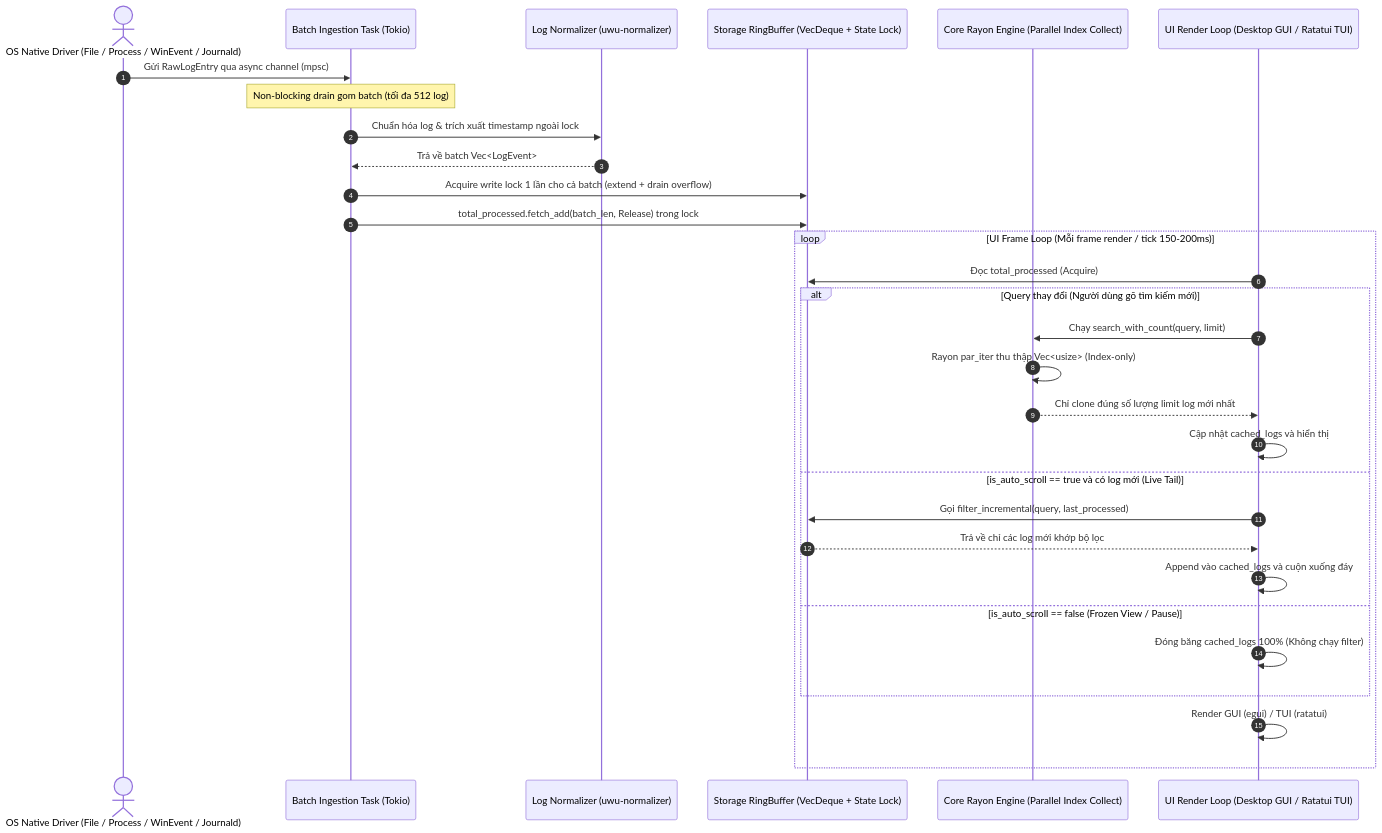
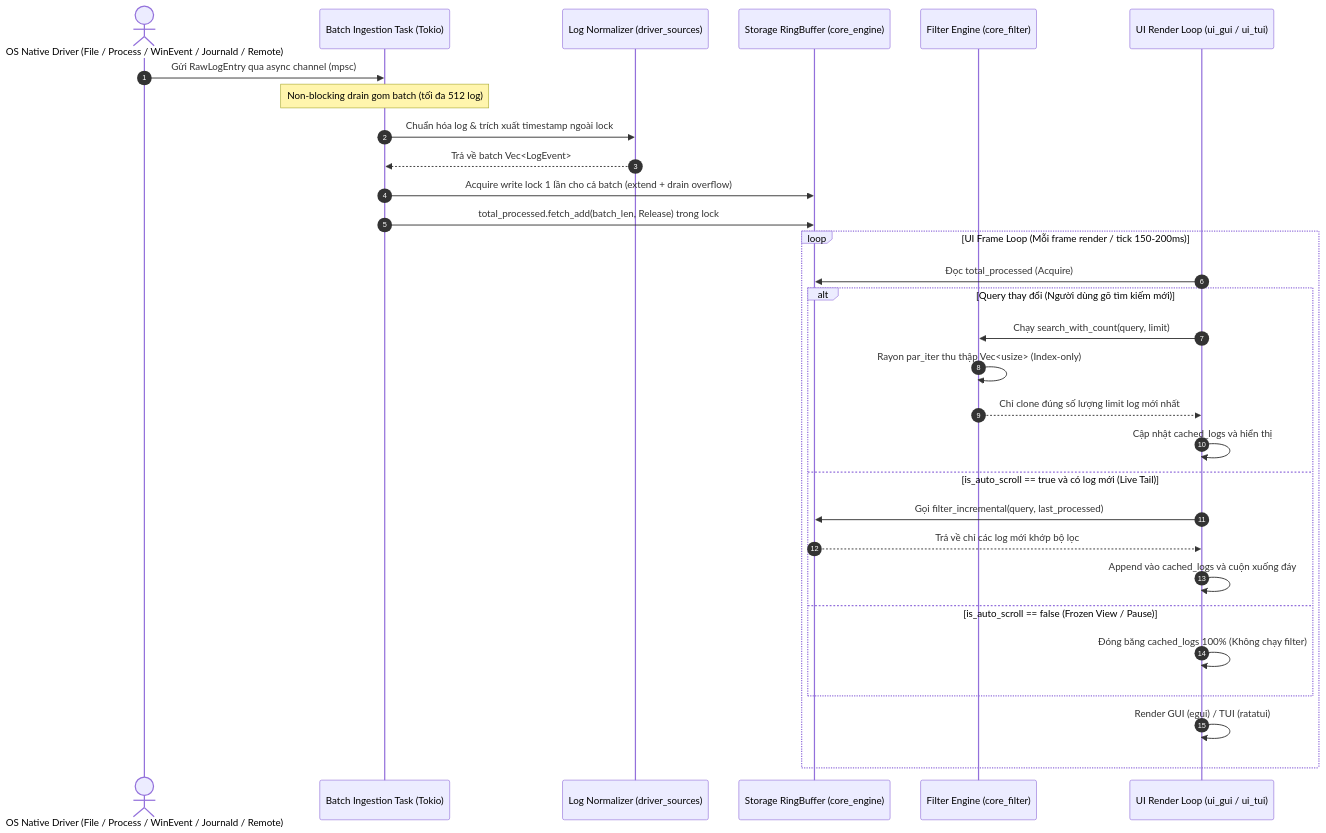
The second of 2 diagrams in archi.md (gavuhop/uwulog-rust), drawn with Mermaid before and after one commit. The commit also changed other lines of this file and 107 other files, not shown here.

````diff
--- a/archi.md
+++ b/archi.md
@@ -78,34 +120,34 @@
 ```mermaid
 sequenceDiagram
     autonumber
-    actor Driver as OS Native Driver (File / Process / WinEvent / Journald)
+    actor Driver as OS Native Driver (File / Process / WinEvent / Journald / Remote)
     participant TokioRx as Batch Ingestion Task (Tokio)
-    participant Normalizer as Log Normalizer (uwu-normalizer)
-    participant RingBuf as Storage RingBuffer (VecDeque + State Lock)
-    participant RayonEngine as Core Rayon Engine (Parallel Index Collect)
-    participant UIThread as UI Render Loop (Desktop GUI / Ratatui TUI)
+    participant Normalizer as Log Normalizer (driver_sources)
+    participant RingBuf as Storage RingBuffer (core_engine)
+    participant RayonEngine as Filter Engine (core_filter)
+    participant UIThread as UI Render Loop (ui_gui / ui_tui)
 
     Driver->>TokioRx: Gửi RawLogEntry qua async channel (mpsc)
     Note over TokioRx: Non-blocking drain gom batch (tối đa 512 log)
     TokioRx->>Normalizer: Chuẩn hóa log & trích xuất timestamp ngoài lock
     Normalizer-->>TokioRx: Trả về batch Vec<LogEvent>
     TokioRx->>RingBuf: Acquire write lock 1 lần cho cả batch (extend + drain overflow)
     TokioRx->>RingBuf: total_processed.fetch_add(batch_len, Release) trong lock
 
     loop UI Frame Loop (Mỗi frame render / tick 150-200ms)
         UIThread->>RingBuf: Đọc total_processed (Acquire)
         alt Query thay đổi (Người dùng gõ tìm kiếm mới)
             UIThread->>RayonEngine: Chạy search_with_count(query, limit)
             RayonEngine->>RayonEngine: Rayon par_iter thu thập Vec<usize> (Index-only)
             RayonEngine-->>UIThread: Chỉ clone đúng số lượng limit log mới nhất
             UIThread->>UIThread: Cập nhật cached_logs và hiển thị
         else is_auto_scroll == true và có log mới (Live Tail)
             UIThread->>RingBuf: Gọi filter_incremental(query, last_processed)
             RingBuf-->>UIThread: Trả về chỉ các log mới khớp bộ lọc
             UIThread->>UIThread: Append vào cached_logs và cuộn xuống đáy
         else is_auto_scroll == false (Frozen View / Pause)
             UIThread->>UIThread: Đóng băng cached_logs 100% (Không chạy filter)
         end
         UIThread->>UIThread: Render GUI (egui) / TUI (ratatui)
     end
 ```
````
